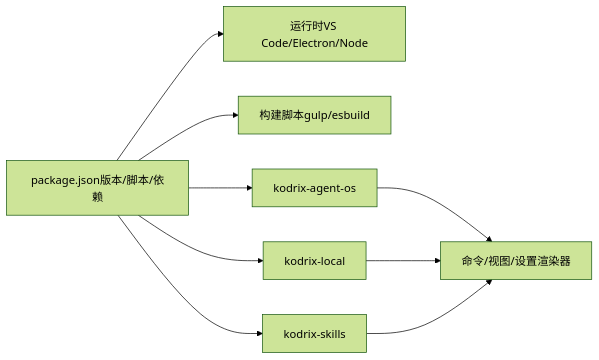
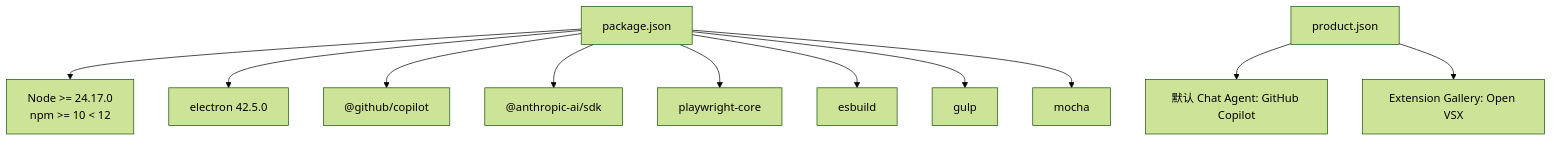
Before and after one commit to sofate798/KodrixCode: the seventh of 7 diagrams in .qoder/repowiki/zh/content/项目概述.md, drawn with Mermaid (forest theme). The commit also changed other lines of this file and 178 other files, not shown here.

````diff
--- a/.qoder/repowiki/zh/content/项目概述.md
+++ b/.qoder/repowiki/zh/content/项目概述.md
@@ -290,11 +284,13 @@
 ```mermaid
-graph LR
-P["package.json版本/脚本/依赖"] --> R["运行时VS Code/Electron/Node"]
-P --> S["构建脚本gulp/esbuild"]
-P --> E1["kodrix-agent-os"]
-P --> E2["kodrix-local"]
-P --> E3["kodrix-skills"]
-E1 --> C["命令/视图/设置渲染器"]
-E2 --> C
-E3 --> C
+graph TB
+Package["package.json"] --> Engines["Node >= 24.17.0<br/>npm >= 10 < 12"]
+Package --> Electron["electron 42.5.0"]
+Package --> Copilot["@github/copilot"]
+Package --> Anthropic["@anthropic-ai/sdk"]
+Package --> Playwright["playwright-core"]
+Package --> Esbuild["esbuild"]
+Package --> Gulp["gulp"]
+Package --> Mocha["mocha"]
+Product["product.json"] --> DefaultAgent["默认 Chat Agent: GitHub Copilot"]
+Product --> ExtensionGallery["Extension Gallery: Open VSX"]
 ```
````
